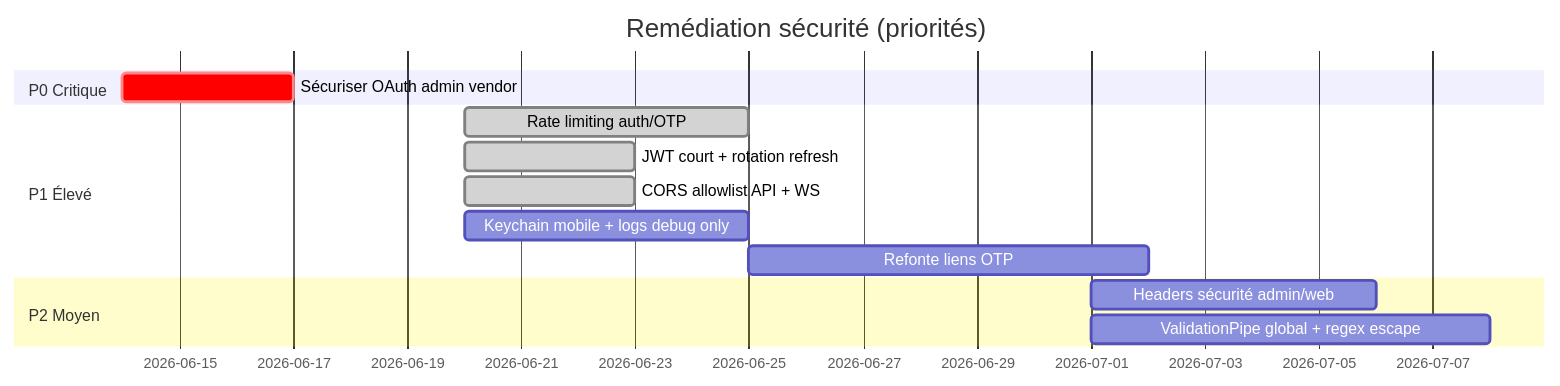
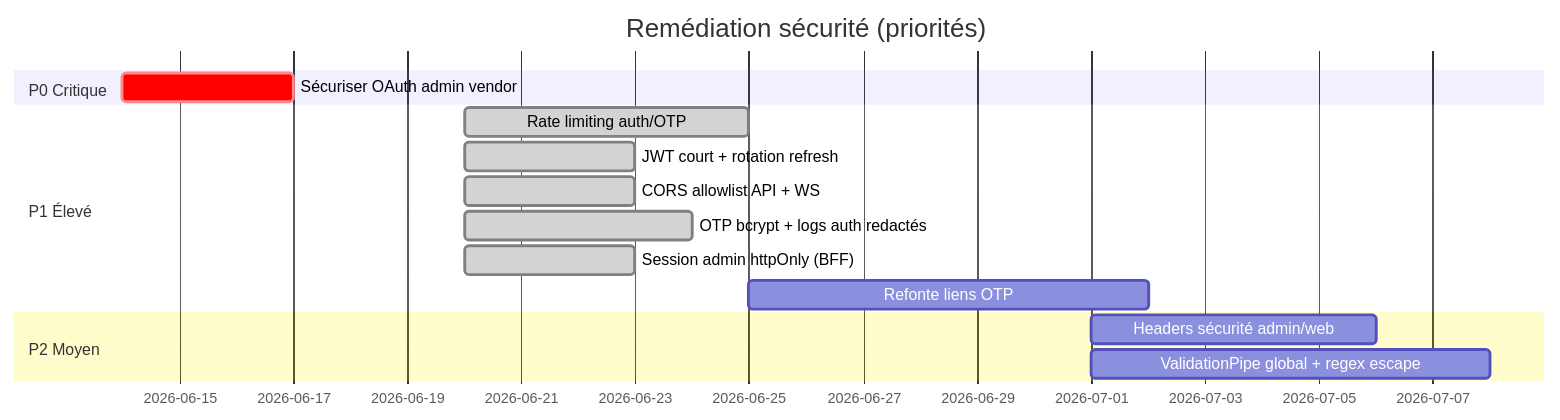
Before and after one commit to AfrikanMeals/africa-meals-api: the diagram in docs/SECURITY_AUDIT.md, drawn with Mermaid. The commit also changed other lines of this file and 8 other files, not shown here.

````diff
--- a/docs/SECURITY_AUDIT.md
+++ b/docs/SECURITY_AUDIT.md
@@ -144,16 +144,17 @@
 ```mermaid
 gantt
     title Remédiation sécurité (priorités)
     dateFormat  YYYY-MM-DD
     section P0 Critique
     Sécuriser OAuth admin vendor              :crit, 2026-06-14, 3d
     section P1 Élevé
     Rate limiting auth/OTP                    :done, 2026-06-20, 5d
     JWT court + rotation refresh              :done, 2026-06-20, 3d
     CORS allowlist API + WS                   :done, 2026-06-20, 3d
-    Keychain mobile + logs debug only         :2026-06-20, 5d
+    OTP bcrypt + logs auth redactés           :done, 2026-06-20, 4d
+    Session admin httpOnly (BFF)              :done, 2026-06-20, 3d
     Refonte liens OTP                         :2026-06-25, 7d
     section P2 Moyen
     Headers sécurité admin/web                :2026-07-01, 5d
     ValidationPipe global + regex escape      :2026-07-01, 7d
 ```
````
